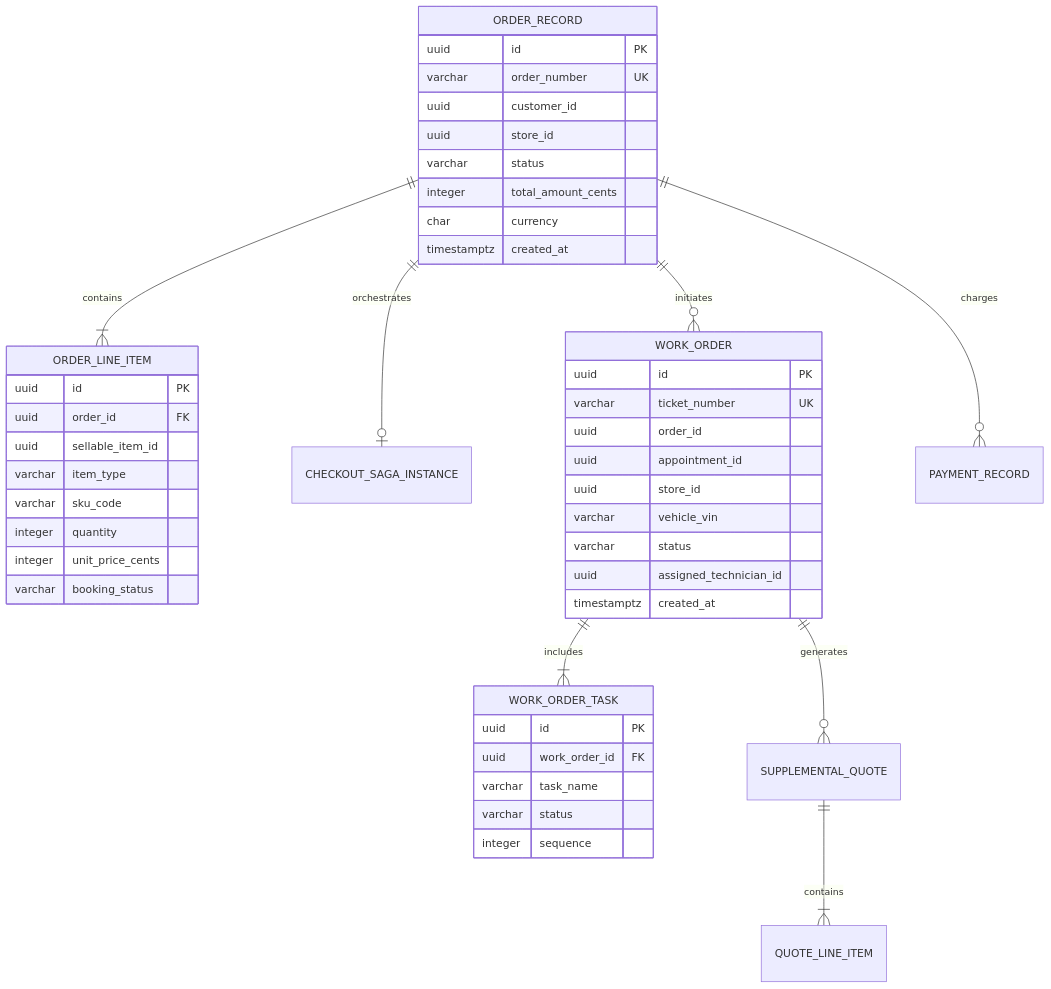
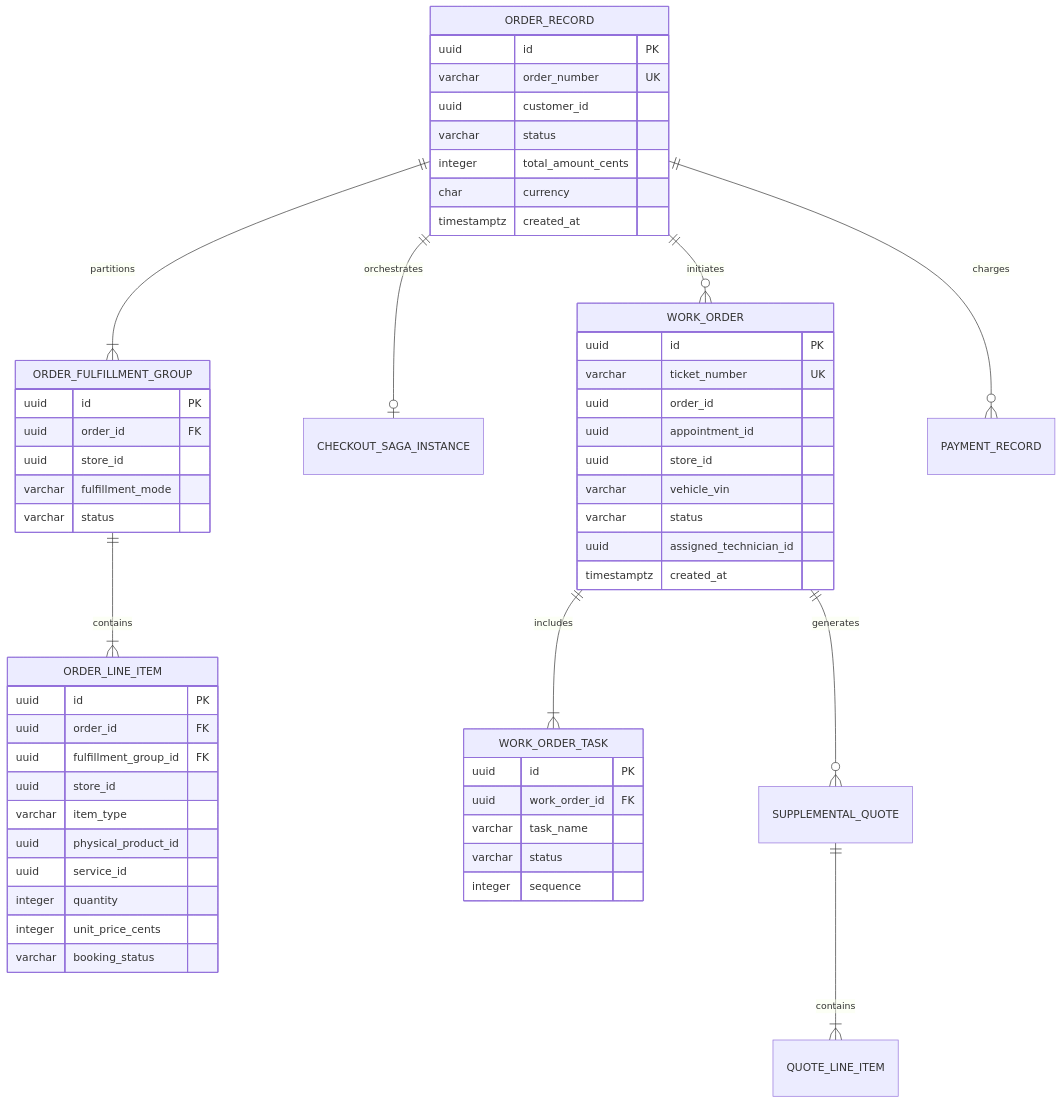
The diagram in docs/architecture/service-blueprints/data-definitions/services/automotive-operations.md (basic-app-dev/tire-store-app), drawn with Mermaid before and after one commit. The commit also changed other lines of this file and 10 other files, not shown here.

Commit message:
Documents for Shopping Cart Architecture, Cross-Device Synchronization, and Unified Multi-Store Checkout

````diff
--- a/docs/architecture/service-blueprints/data-definitions/services/automotive-operations.md
+++ b/docs/architecture/service-blueprints/data-definitions/services/automotive-operations.md
@@ -14,52 +14,62 @@
 ```mermaid
 erDiagram
-    ORDER_RECORD ||--|{ ORDER_LINE_ITEM : contains
+    ORDER_RECORD ||--|{ ORDER_FULFILLMENT_GROUP : partitions
+    ORDER_FULFILLMENT_GROUP ||--|{ ORDER_LINE_ITEM : contains
     ORDER_RECORD ||--o| CHECKOUT_SAGA_INSTANCE : orchestrates
     ORDER_RECORD ||--o{ WORK_ORDER : initiates
     WORK_ORDER ||--|{ WORK_ORDER_TASK : includes
     WORK_ORDER ||--o{ SUPPLEMENTAL_QUOTE : generates
     SUPPLEMENTAL_QUOTE ||--|{ QUOTE_LINE_ITEM : contains
     ORDER_RECORD ||--o{ PAYMENT_RECORD : charges
 
     ORDER_RECORD {
         uuid id PK
         varchar order_number UK
         uuid customer_id
-        uuid store_id
         varchar status
         integer total_amount_cents
         char currency
         timestamptz created_at
     }
 
+    ORDER_FULFILLMENT_GROUP {
+        uuid id PK
+        uuid order_id FK
+        uuid store_id
+        varchar fulfillment_mode
+        varchar status
+    }
+
     ORDER_LINE_ITEM {
         uuid id PK
         uuid order_id FK
-        uuid sellable_item_id
+        uuid fulfillment_group_id FK
+        uuid store_id
         varchar item_type
-        varchar sku_code
+        uuid physical_product_id
+        uuid service_id
         integer quantity
         integer unit_price_cents
         varchar booking_status
     }
 
     WORK_ORDER {
         uuid id PK
         varchar ticket_number UK
         uuid order_id
         uuid appointment_id
         uuid store_id
         varchar vehicle_vin
         varchar status
         uuid assigned_technician_id
         timestamptz created_at
     }
 
     WORK_ORDER_TASK {
         uuid id PK
         uuid work_order_id FK
         varchar task_name
         varchar status
         integer sequence
     }
 ```
````
